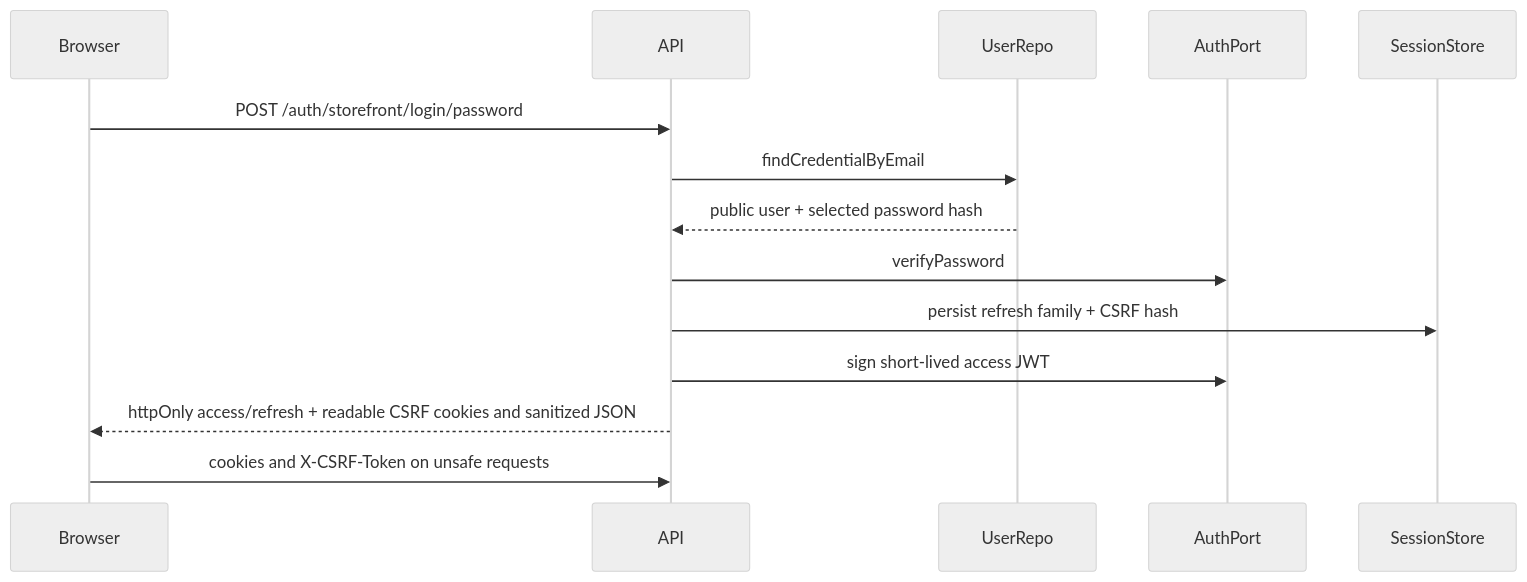
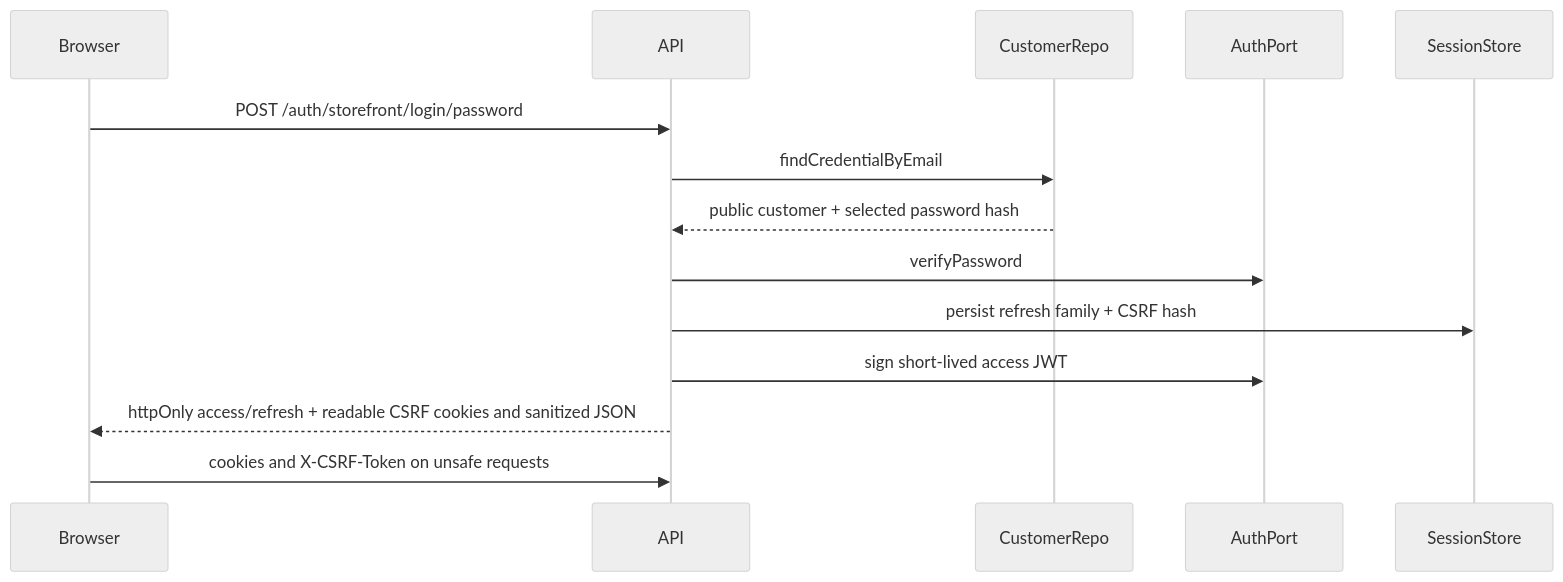
The first of 2 diagrams in docs/backend/security-and-identity.md (Kaizer-Systems/saha-textile), drawn with Mermaid (neutral theme) before and after one commit. The commit also changed other lines of this file and 75 other files, not shown here.

````diff
--- a/docs/backend/security-and-identity.md
+++ b/docs/backend/security-and-identity.md
@@ -49,17 +50,17 @@
 ```mermaid
 sequenceDiagram
     participant Browser
     participant API
-    participant UserRepo
+    participant CustomerRepo
     participant AuthPort
     participant SessionStore
 
     Browser->>API: POST /auth/storefront/login/password
-    API->>UserRepo: findCredentialByEmail
-    UserRepo-->>API: public user + selected password hash
+    API->>CustomerRepo: findCredentialByEmail
+    CustomerRepo-->>API: public customer + selected password hash
     API->>AuthPort: verifyPassword
     API->>SessionStore: persist refresh family + CSRF hash
     API->>AuthPort: sign short-lived access JWT
     API-->>Browser: httpOnly access/refresh + readable CSRF cookies and sanitized JSON
     Browser->>API: cookies and X-CSRF-Token on unsafe requests
 ```
````
